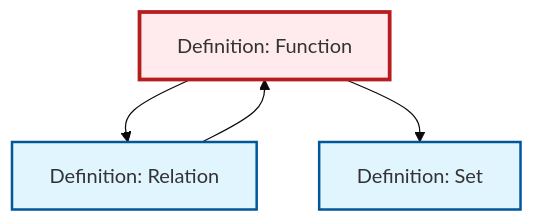
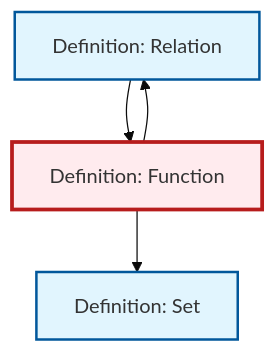
One commit to RK0429/ModernMath changed the diagram in content/ja/logic-set-theory/def-function.qmd. Above: the diagram before and after it, drawn with Mermaid (base theme). The commit also changed other lines of this file and 654 other files, not shown here.

````diff
--- a/content/ja/logic-set-theory/def-function.qmd
+++ b/content/ja/logic-set-theory/def-function.qmd
@@ -75,18 +75,18 @@
 ```{mermaid}
 %%| fig-cap: "Local dependency graph"
 graph TD
     classDef definition fill:#e1f5fe,stroke:#01579b,stroke-width:2px
     classDef theorem fill:#f3e5f5,stroke:#4a148c,stroke-width:2px
     classDef axiom fill:#fff3e0,stroke:#e65100,stroke-width:2px
     classDef example fill:#e8f5e9,stroke:#1b5e20,stroke-width:2px
     classDef current fill:#ffebee,stroke:#b71c1c,stroke-width:3px
+    def-set["Definition: Set"]:::definition
+    def-relation["Definition: Relation"]:::definition
     def-function["Definition: Function"]:::definition
-    def-relation["Definition: Relation"]:::definition
-    def-set["Definition: Set"]:::definition
     def-relation --> def-function
+    def-function --> def-set
     def-function --> def-relation
-    def-function --> def-set
     class def-function current
+    click def-set "def-set.html" "Definition: Setへ"
     click def-relation "def-relation.html" "Definition: Relationへ"
-    click def-set "def-set.html" "Definition: Setへ"
 ```
````
